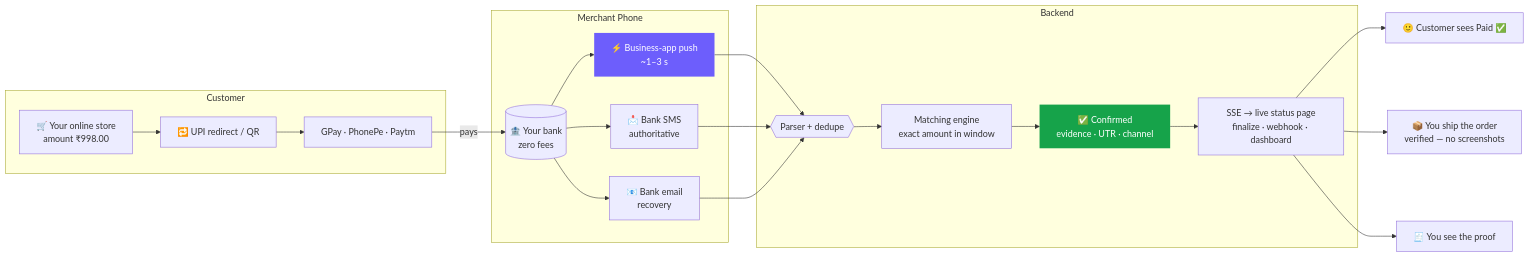
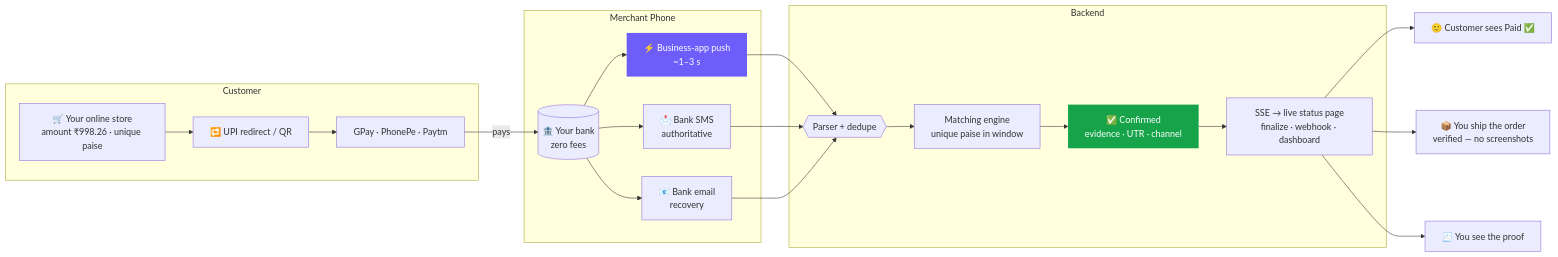
The first of 2 diagrams in README.md (aravind220806/Paid_Sure), drawn with Mermaid before and after one commit. The commit also changed other lines of this file and 1 other file, not shown here.

First line of the commit message:
docs: paisa fingerprint is the only matching method

````diff
--- a/README.md
+++ b/README.md
@@ -176,30 +177,30 @@
 ```mermaid
 flowchart LR
     subgraph Customer
-        A[🛒 Your online store<br/>amount ₹998.00] --> B[🔁 UPI redirect / QR]
+        A[🛒 Your online store<br/>amount ₹998.26 · unique paise] --> B[🔁 UPI redirect / QR]
         B --> C[GPay · PhonePe · Paytm]
     end
 
     subgraph Merchant Phone
         C -->|pays| D[(🏦 Your bank<br/>zero fees)]
         D --> E[⚡ Business-app push<br/>~1–3 s]
         D --> F[📩 Bank SMS<br/>authoritative]
         D --> G[📧 Bank email<br/>recovery]
     end
 
     subgraph Backend
         E & F & G --> H{{Parser + dedupe}}
-        H --> I[Matching engine<br/>exact amount in window]
+        H --> I[Matching engine<br/>unique paise in window]
         I --> J[✅ Confirmed<br/>evidence · UTR · channel]
         J --> K[SSE → live status page<br/>finalize · webhook · dashboard]
     end
 
     K --> L[🙂 Customer sees Paid ✅]
     K --> N[📦 You ship the order<br/>verified — no screenshots]
     K --> M[🧾 You see the proof]
 
     classDef fast fill:#6D5EFC,color:#fff,stroke:none
     classDef ok fill:#16A34A,color:#fff,stroke:none
     class E fast
     class J ok
 ```
````
